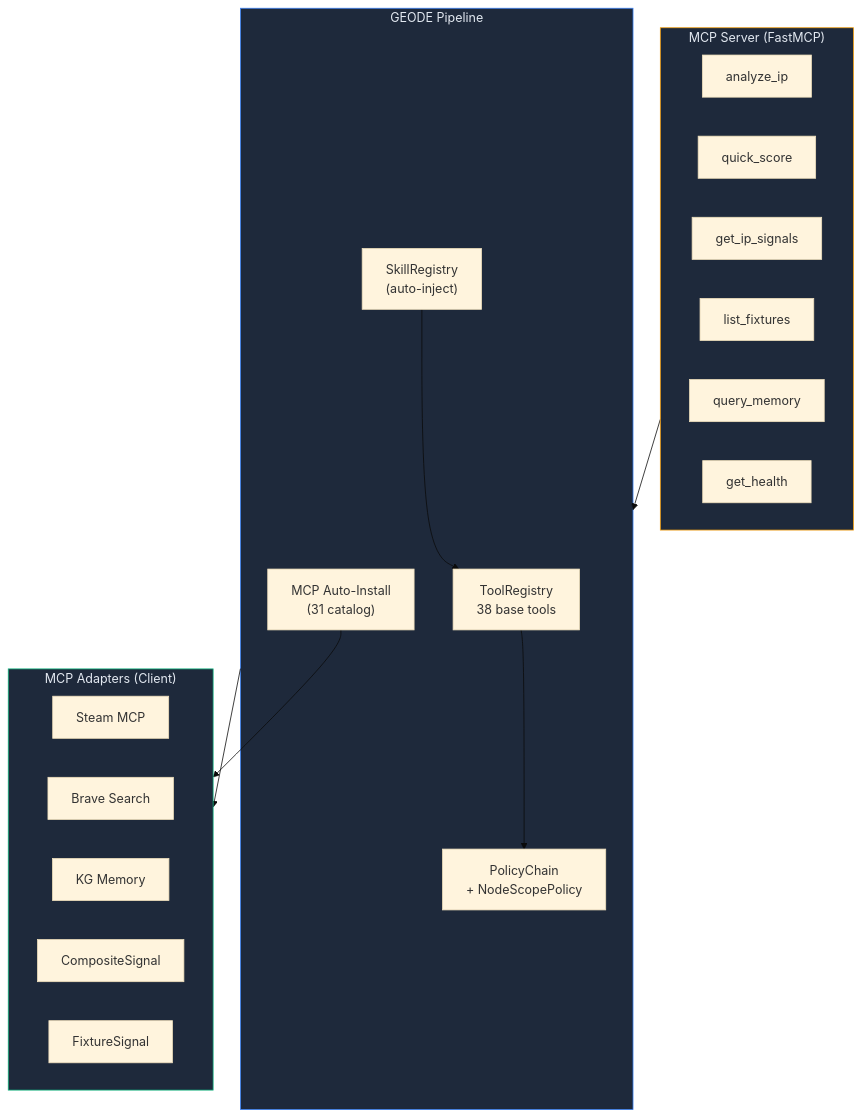
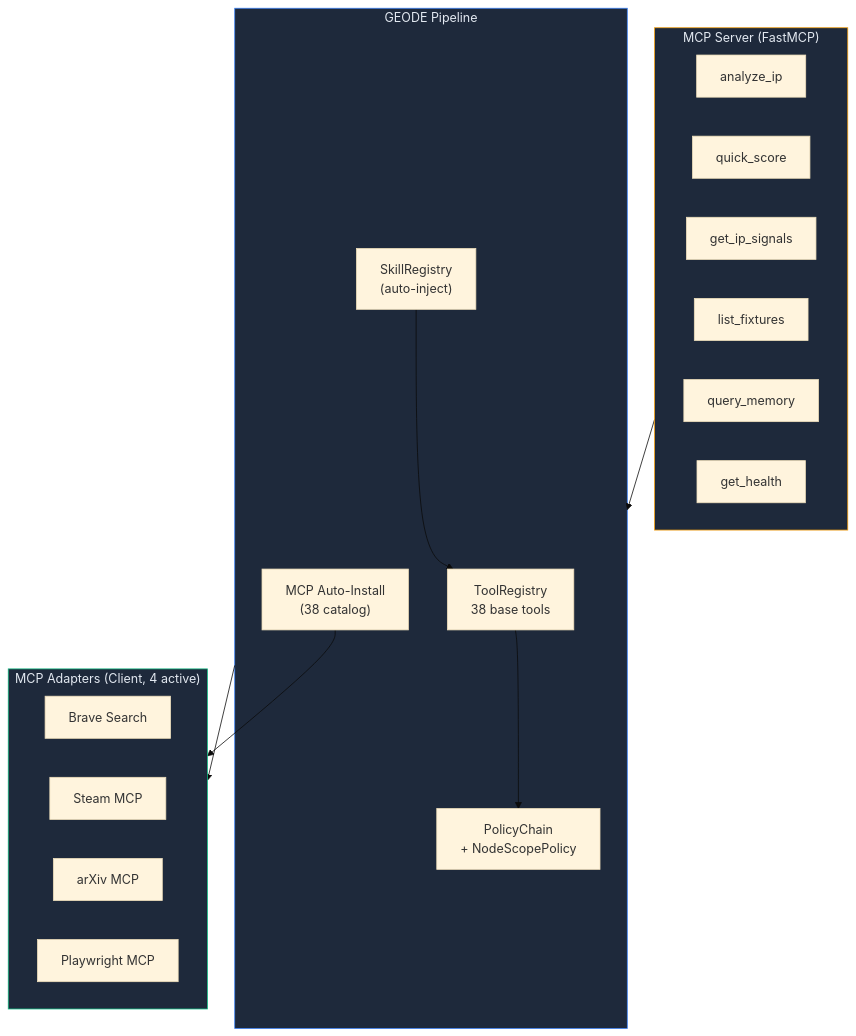
The sixth of 15 diagrams in README.md (mangowhoiscloud/geode), drawn with Mermaid (base theme) before and after one commit. The commit also changed other lines of this file, not shown here.

````diff
--- a/README.md
+++ b/README.md
@@ -281,36 +282,35 @@
 ```mermaid
 graph TB
     subgraph GEODE["GEODE Pipeline"]
         Registry["ToolRegistry<br/>38 base tools"]
         Policy["PolicyChain<br/>+ NodeScopePolicy"]
         SkillReg["SkillRegistry<br/>(auto-inject)"]
-        MCPInstall["MCP Auto-Install<br/>(31 catalog)"]
+        MCPInstall["MCP Auto-Install<br/>(38 catalog)"]
     end
 
-    subgraph MCPAdapters["MCP Adapters (Client)"]
+    subgraph MCPAdapters["MCP Adapters (Client, 4 active)"]
+        Brave["Brave Search"]
         Steam["Steam MCP"]
-        Brave["Brave Search"]
-        KGMem["KG Memory"]
-        CompSig["CompositeSignal"]
-        FixSig["FixtureSignal"]
+        ArXiv["arXiv MCP"]
+        PW["Playwright MCP"]
     end
 
     subgraph MCPServer["MCP Server (FastMCP)"]
         T1["analyze_ip"]
         T2["quick_score"]
         T3["get_ip_signals"]
         T4["list_fixtures"]
         T5["query_memory"]
         T6["get_health"]
     end
 
     Registry --> Policy
     SkillReg --> Registry
     MCPInstall --> MCPAdapters
     GEODE --> MCPAdapters
     MCPServer --> GEODE
 
     style GEODE fill:#1e293b,stroke:#3b82f6,color:#e2e8f0
     style MCPAdapters fill:#1e293b,stroke:#10b981,color:#e2e8f0
     style MCPServer fill:#1e293b,stroke:#f59e0b,color:#e2e8f0
 ```
````
